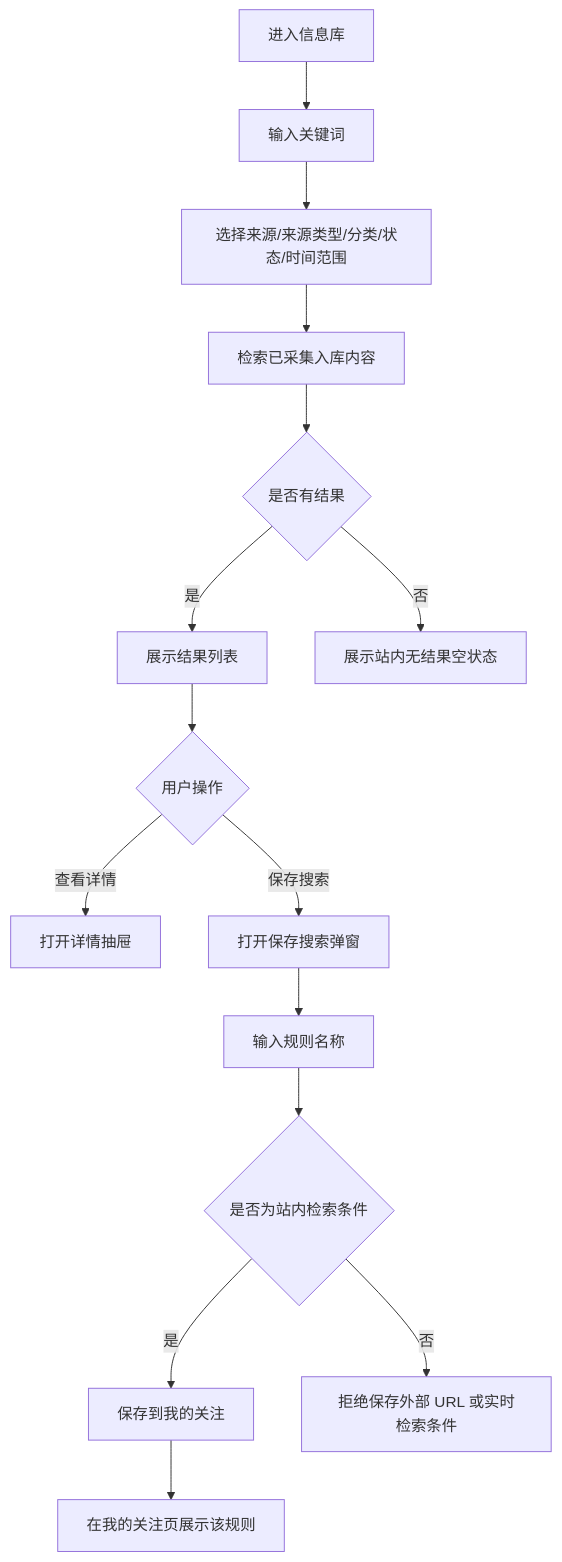
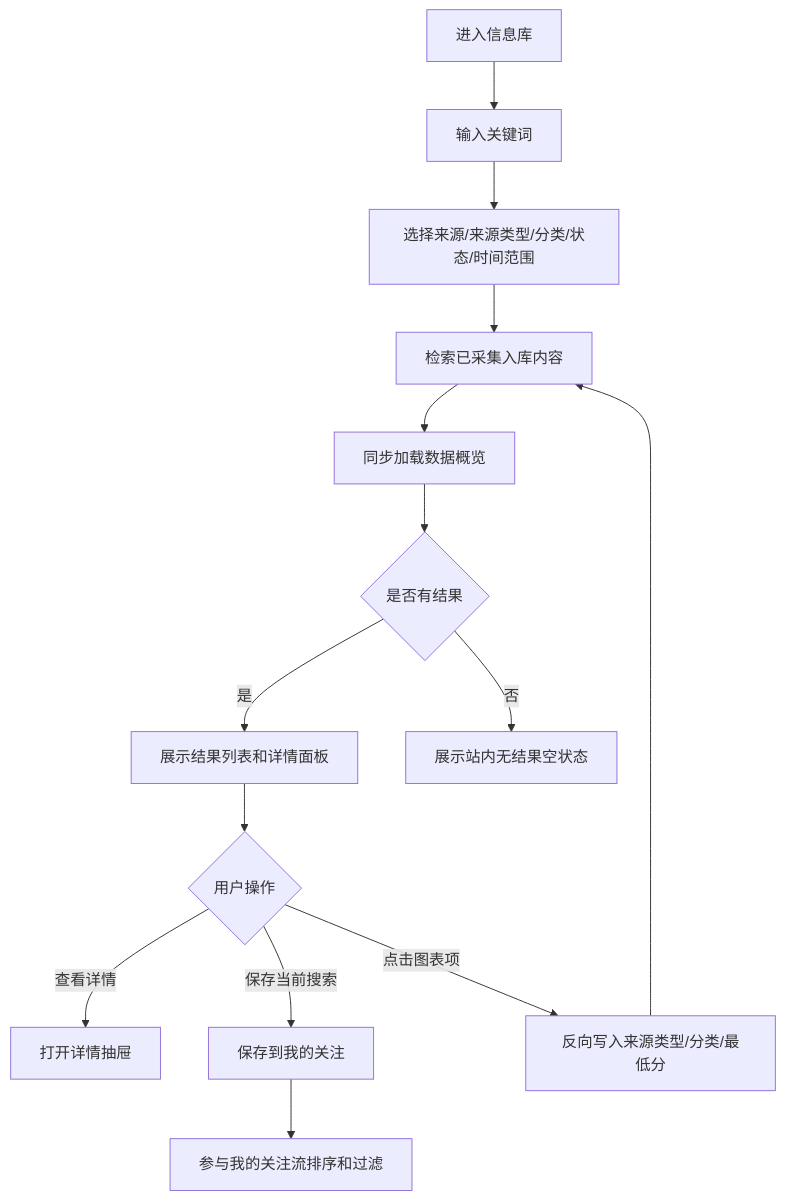
The fourth of 10 diagrams in docs/product/page-flow.md (ZJM189/Daily_News), drawn with Mermaid before and after one commit. The commit also changed other lines of this file and 20 other files, not shown here.

````diff
--- a/docs/product/page-flow.md
+++ b/docs/product/page-flow.md
@@ -73,17 +75,16 @@
 ```mermaid
 flowchart TD
     A[进入信息库] --> B[输入关键词]
     B --> C[选择来源/来源类型/分类/状态/时间范围]
     C --> D[检索已采集入库内容]
-    D --> E{是否有结果}
-    E -- 是 --> F[展示结果列表]
-    E -- 否 --> G[展示站内无结果空状态]
-    F --> H{用户操作}
-    H -- 查看详情 --> I[打开详情抽屉]
-    H -- 保存搜索 --> J[打开保存搜索弹窗]
-    J --> K[输入规则名称]
-    K --> L{是否为站内检索条件}
-    L -- 是 --> M[保存到我的关注]
-    L -- 否 --> N[拒绝保存外部 URL 或实时检索条件]
-    M --> O[在我的关注页展示该规则]
+    D --> E[同步加载数据概览]
+    E --> F{是否有结果}
+    F -- 是 --> G[展示结果列表和详情面板]
+    F -- 否 --> H[展示站内无结果空状态]
+    G --> I{用户操作}
+    I -- 查看详情 --> J[打开详情抽屉]
+    I -- 保存当前搜索 --> K[保存到我的关注]
+    I -- 点击图表项 --> L[反向写入来源类型/分类/最低分]
+    L --> D
+    K --> M[参与我的关注流排序和过滤]
 ```
````
